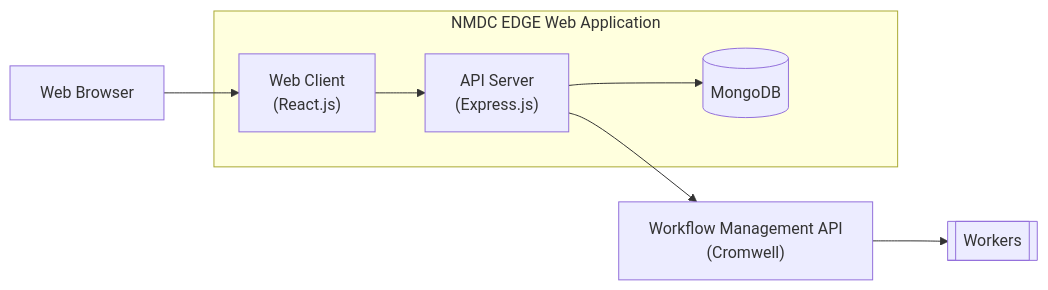
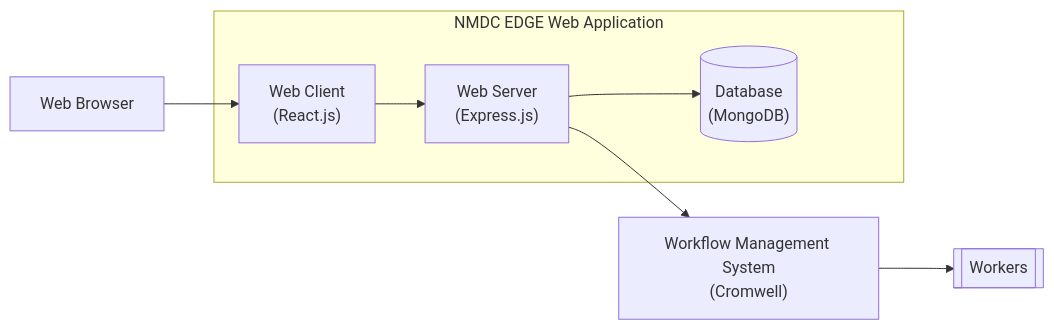
Before and after one commit to microbiomedata/nmdc-edge: the diagram in README.md, drawn with Mermaid.

Commit message:
Clarify Mermaid diagram

````diff
--- a/README.md
+++ b/README.md
@@ -16,21 +16,21 @@
 ```mermaid
 graph LR
     %% Nodes:
     user["Web Browser"]
-    cromwell["Workflow Management API<br>(Cromwell)"]
+    cromwell["Workflow Management System<br>(Cromwell)"]
     workers[["Workers"]]
     
     subgraph "NMDC EDGE Web Application"
       %% Nodes:
       client["Web Client<br>(React.js)"]
-      server["API Server<br>(Express.js)"]
-      db[("MongoDB")]
+      server["Web Server<br>(Express.js)"]
+      db[("Database<br>(MongoDB)")]
     end
     
     %% Relationships:
     user --> client
     client --> server
     server --> db
     server --> cromwell
     cromwell --> workers
 ```
````
